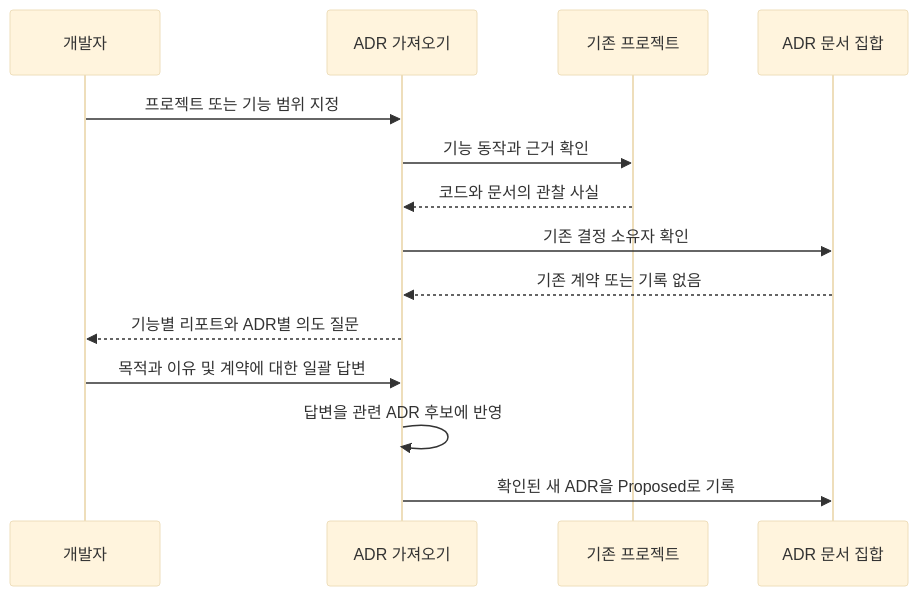
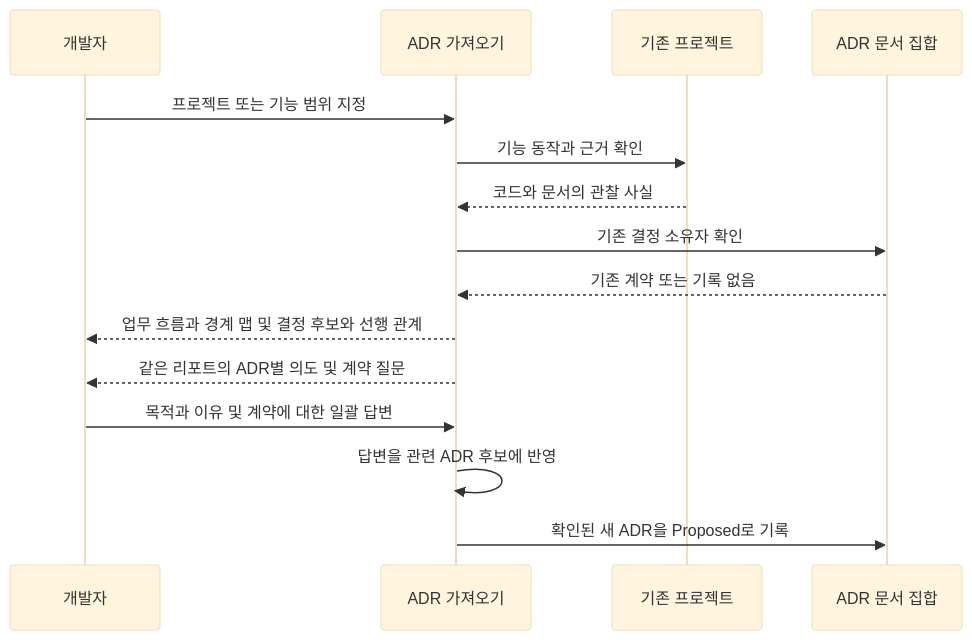
The diagram in docs/adr/adr-authoring/project-import/0001-import-existing-project-decisions.md (haandol/alps-writer-plugins), drawn with Mermaid (base theme) before and after one commit. The commit also changed other lines of this file and 30 other files, not shown here.

````diff
--- a/docs/adr/adr-authoring/project-import/0001-import-existing-project-decisions.md
+++ b/docs/adr/adr-authoring/project-import/0001-import-existing-project-decisions.md
@@ -28,16 +43,17 @@
 ```mermaid
 sequenceDiagram
     participant U as 개발자
     participant I as ADR 가져오기
     participant R as 기존 프로젝트
     participant A as ADR 문서 집합
     U->>I: 프로젝트 또는 기능 범위 지정
     I->>R: 기능 동작과 근거 확인
     R-->>I: 코드와 문서의 관찰 사실
     I->>A: 기존 결정 소유자 확인
     A-->>I: 기존 계약 또는 기록 없음
-    I-->>U: 기능별 리포트와 ADR별 의도 질문
+    I-->>U: 업무 흐름과 경계 맵 및 결정 후보와 선행 관계
+    I-->>U: 같은 리포트의 ADR별 의도 및 계약 질문
     U->>I: 목적과 이유 및 계약에 대한 일괄 답변
     I->>I: 답변을 관련 ADR 후보에 반영
     I->>A: 확인된 새 ADR을 Proposed로 기록
 ```
````
